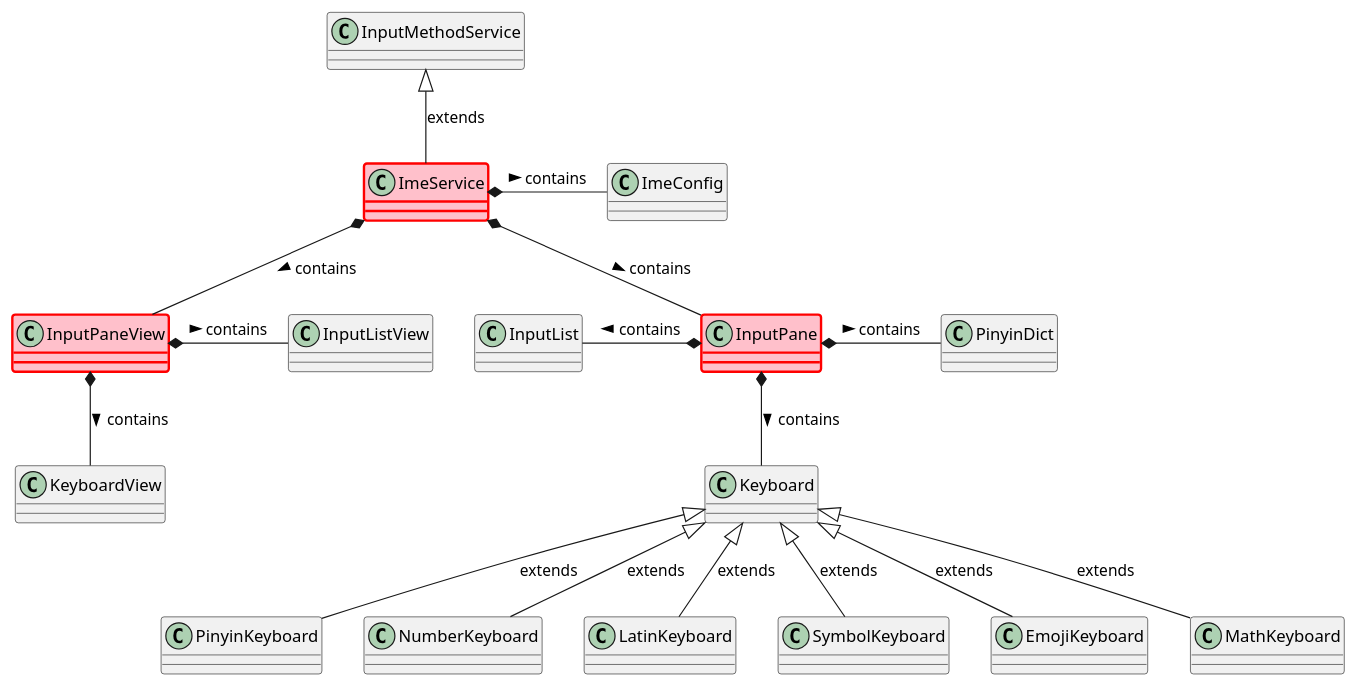
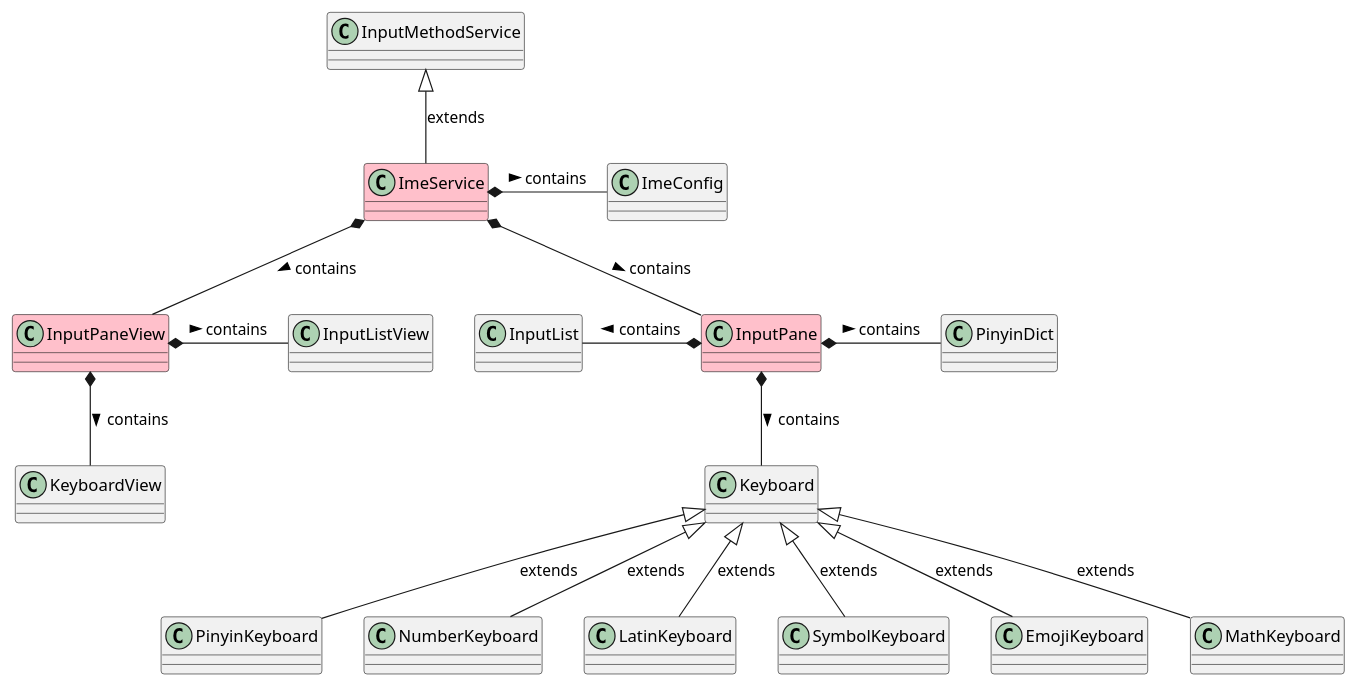
Before and after one commit to crazydan-studio/kuaizi-ime-android: the first of 2 diagrams in README.md, drawn with PlantUML. The commit also changed 1 other file, not shown here.

````diff
--- a/README.md
+++ b/README.md
@@ -51,43 +51,43 @@
 ```plantuml
 @startuml
 class "InputMethodService" as sys_ime_svc
-class "ImeService" as ime_svc #pink ##[bold]red
+class "ImeService" as ime_svc #pink
 class "ImeConfig" as ime_conf
 
-class "InputPane" as input_pane #pink ##[bold]red
+class "InputPane" as input_pane #pink
 class "PinyinDict" as dict
 class "InputList" as input_list
 class "Keyboard" as keyboard
 class "PinyinKeyboard" as pinyin_kb
 class "NumberKeyboard" as number_kb
 class "LatinKeyboard" as latin_kb
 class "SymbolKeyboard" as symbol_kb
 class "EmojiKeyboard" as emoji_kb
 class "MathKeyboard" as math_kb
 
-class "InputPaneView" as input_pane_view #pink ##[bold]red
+class "InputPaneView" as input_pane_view #pink
 class "KeyboardView" as keyboard_view
 class "InputListView" as input_list_view
 
 sys_ime_svc <|-down- ime_svc: extends
 
 ime_svc *-right- ime_conf: contains >
 ime_svc *-down- input_pane: contains >
 ime_svc *-down- input_pane_view: contains >
 
 input_pane_view *-right- input_list_view: contains >
 input_pane_view *-down- keyboard_view: contains >
 
 input_pane *-left- input_list: contains >
 input_pane *-down- keyboard: contains >
 input_pane *-right- dict: contains >
 
 keyboard <|-down- pinyin_kb: extends
 keyboard <|-down- number_kb: extends
 keyboard <|-down- latin_kb: extends
 keyboard <|-down- symbol_kb: extends
 keyboard <|-down- emoji_kb: extends
 keyboard <|-down- math_kb: extends
 
 @enduml
 ```
````
